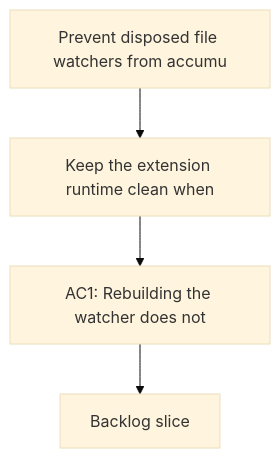
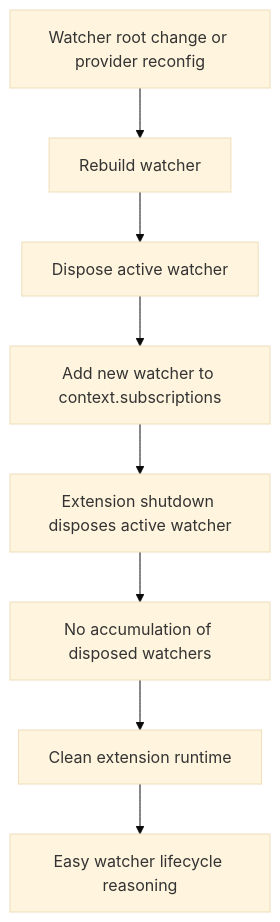
The diagram in logics/request/req_047_prevent_disposed_file_watchers_from_accumulating_in_extension_subscriptions.md (AlexAgo83/logics-manager), drawn with Mermaid (base theme) before and after one commit. The commit also changed other lines of this file and 54 other files, not shown here.

````diff
--- a/logics/request/req_047_prevent_disposed_file_watchers_from_accumulating_in_extension_subscriptions.md
+++ b/logics/request/req_047_prevent_disposed_file_watchers_from_accumulating_in_extension_subscriptions.md
@@ -10,8 +10,12 @@
 ```mermaid
 %% logics-kind: request
 %% logics-signature: request|prevent-disposed-file-watchers-from-accu|keep-the-extension-runtime-clean-when|ac1-rebuilding-the-watcher-does-not
 flowchart TD
-    Trigger[Prevent disposed file watchers from accumu] --> Need[Keep the extension runtime clean when]
-    Need --> Outcome[AC1: Rebuilding the watcher does not]
-    Outcome --> Backlog[Backlog slice]
+  A[Watcher root change or provider reconfig] --> B[Rebuild watcher]
+  B --> C[Dispose active watcher]
+  C --> D[Add new watcher to context.subscriptions]
+  D --> E[Extension shutdown disposes active watcher]
+  E --> F[No accumulation of disposed watchers]
+  F --> G[Clean extension runtime]
+  G --> H[Easy watcher lifecycle reasoning]
 ```
````
